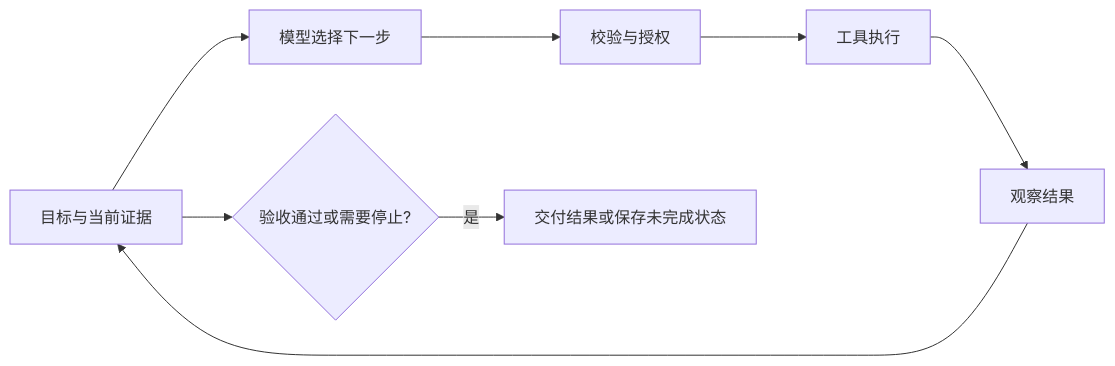
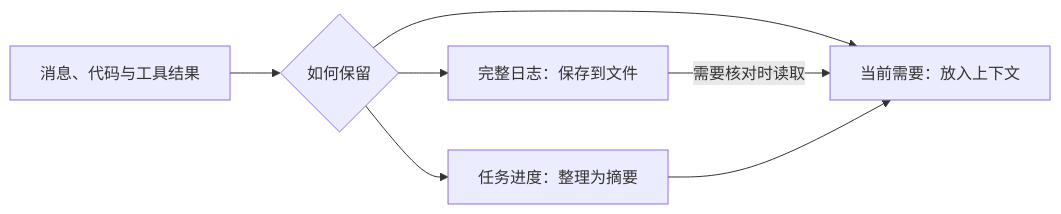
The third of 6 diagrams in src/content/blog/agent-architecture-tools-memory-and-reliable-execution.md (xjiajiahao/xjiajiahao.github.io), drawn with Mermaid before and after one commit. The commit also changed other lines of this file and 3 other files, not shown here.

````diff
--- a/src/content/blog/agent-architecture-tools-memory-and-reliable-execution.md
+++ b/src/content/blog/agent-architecture-tools-memory-and-reliable-execution.md
@@ -42,10 +151,9 @@
 ```mermaid
 flowchart LR
-    G[目标与当前证据] --> M[模型选择下一步]
-    M --> V[校验与授权]
-    V --> T[工具执行]
-    T --> O[观察结果]
-    O --> G
-    G --> D{验收通过或需要停止?}
-    D -->|是| E[交付结果或保存未完成状态]
+    A[消息、代码与工具结果] --> B{如何保留}
+    B --> C[当前需要：放入上下文]
+    B --> D[完整日志：保存到文件]
+    B --> E[任务进度：整理为摘要]
+    D -->|需要核对时读取| C
+    E --> C
 ```
````
